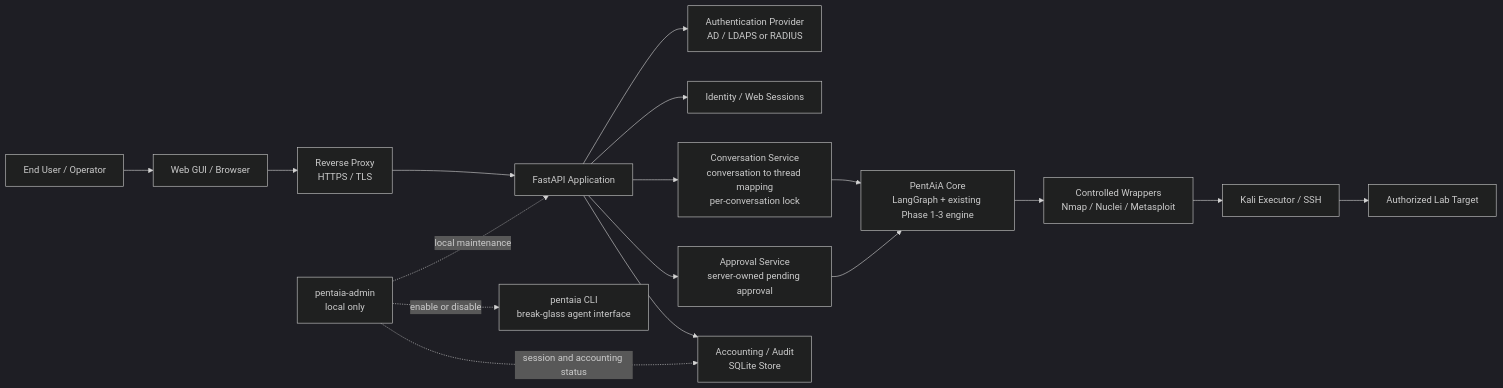
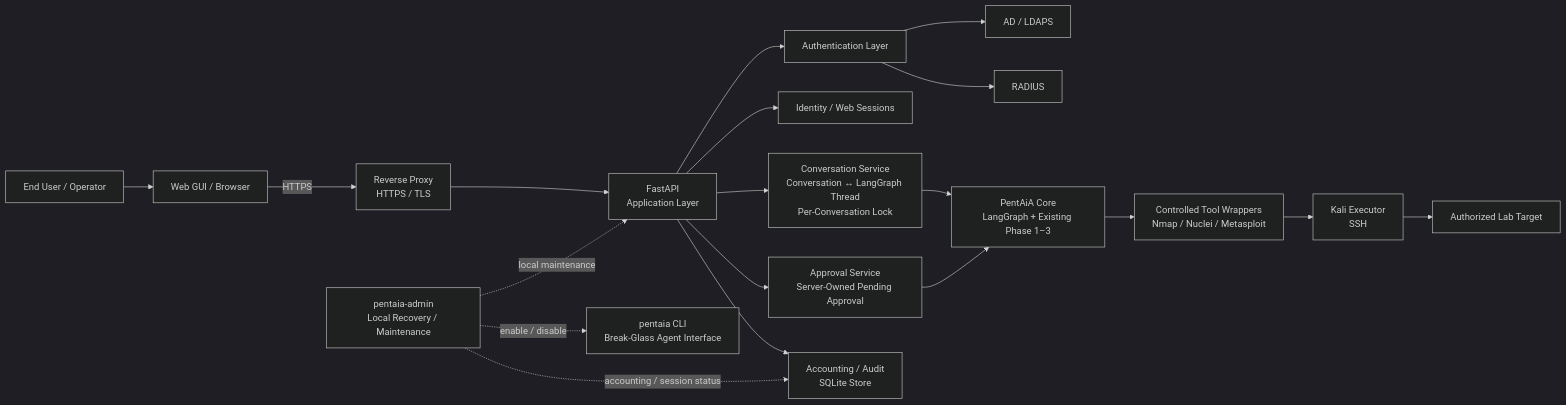
The diagram in docs/phase4-architecture.md (amdisrar/pentaia-v2), drawn with Mermaid (dark theme) before and after one commit. The commit also changed other lines of this file, not shown here.

Commit message:
docs: make Mermaid the primary Phase 4 architecture diagram

````diff
--- a/docs/phase4-architecture.md
+++ b/docs/phase4-architecture.md
@@ -403,36 +351,47 @@
 ```mermaid
 flowchart LR
-    U[End User / Operator]
-    B[Web GUI / Browser]
-    RP[Reverse Proxy<br/>HTTPS / TLS]
-    API[FastAPI Application]
+    U["End User / Operator"]
+    B["Web GUI / Browser"]
+    RP["Reverse Proxy<br/>HTTPS / TLS"]
+    API["FastAPI<br/>Application Layer"]
 
-    AUTH[Authentication Provider<br/>AD / LDAPS or RADIUS]
-    SESS[Identity / Web Sessions]
-    CONV[Conversation Service<br/>conversation to thread mapping<br/>per-conversation lock]
-    APPR[Approval Service<br/>server-owned pending approval]
-    ACC[Accounting / Audit<br/>SQLite Store]
+    AUTH["Authentication Layer"]
+    AD["AD / LDAPS"]
+    RAD["RADIUS"]
 
-    CORE[PentAiA Core<br/>LangGraph + existing Phase 1-3 engine]
-    WRAP[Controlled Wrappers<br/>Nmap / Nuclei / Metasploit]
-    KALI[Kali Executor / SSH]
-    TGT[Authorized Lab Target]
+    SESS["Identity / Web Sessions"]
+    CONV["Conversation Service<br/>Conversation ↔ LangGraph Thread<br/>Per-Conversation Lock"]
+    APPR["Approval Service<br/>Server-Owned Pending Approval"]
+    ACC["Accounting / Audit<br/>SQLite Store"]
 
-    ADMIN[pentaia-admin<br/>local only]
-    CLI[pentaia CLI<br/>break-glass agent interface]
+    CORE["PentAiA Core<br/>LangGraph + Existing Phase 1–3"]
+    WRAP["Controlled Tool Wrappers<br/>Nmap / Nuclei / Metasploit"]
+    KALI["Kali Executor<br/>SSH"]
+    TARGET["Authorized Lab Target"]
 
-    U --> B --> RP --> API
+    ADMIN["pentaia-admin<br/>Local Recovery / Maintenance"]
+    CLI["pentaia CLI<br/>Break-Glass Agent Interface"]
+
+    U --> B
+    B -->|HTTPS| RP
+    RP --> API
+
     API --> AUTH
+    AUTH --> AD
+    AUTH --> RAD
+
     API --> SESS
     API --> CONV
     API --> APPR
     API --> ACC
 
     CONV --> CORE
     APPR --> CORE
-    CORE --> WRAP --> KALI --> TGT
+    CORE --> WRAP
+    WRAP --> KALI
+    KALI --> TARGET
 
     ADMIN -. local maintenance .-> API
-    ADMIN -. session and accounting status .-> ACC
-    ADMIN -. enable or disable .-> CLI
+    ADMIN -. accounting / session status .-> ACC
+    ADMIN -. enable / disable .-> CLI
 ```
````
